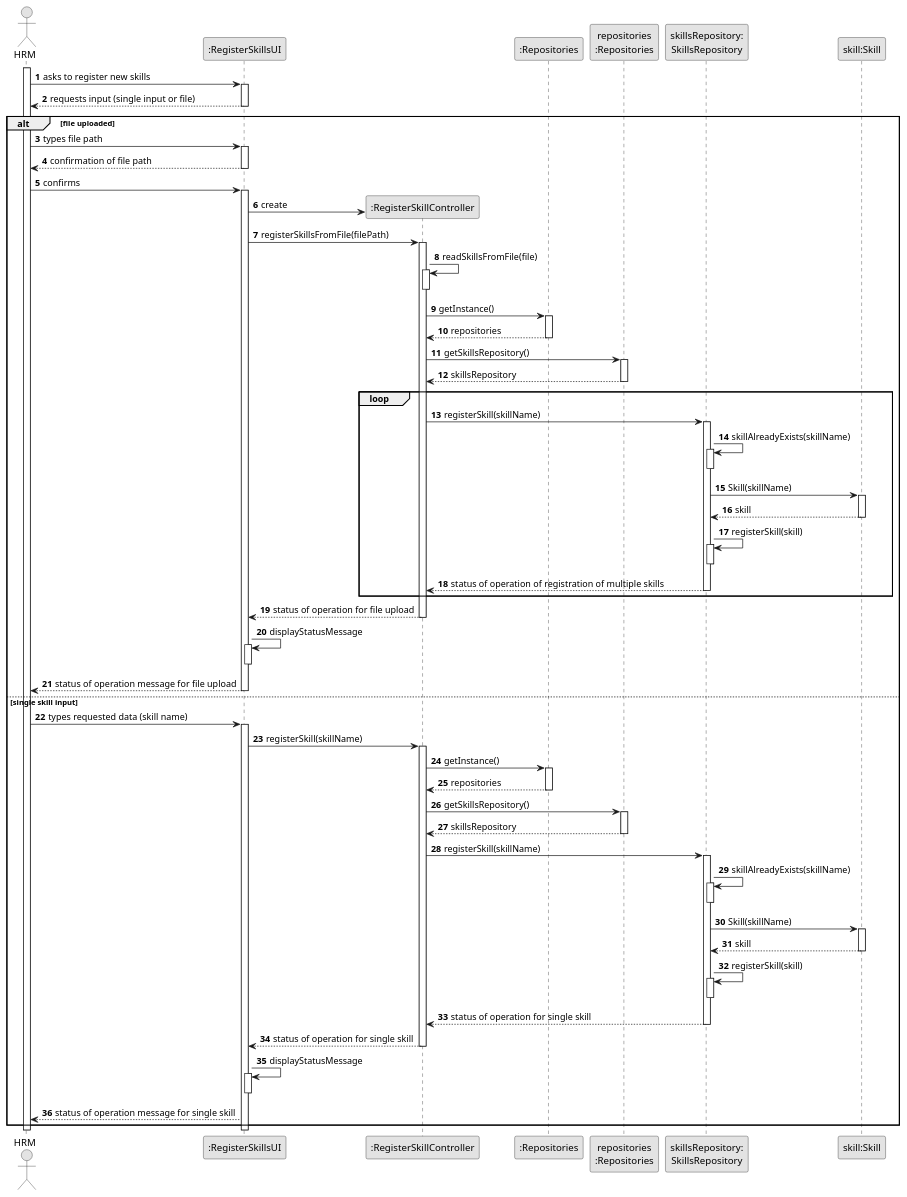
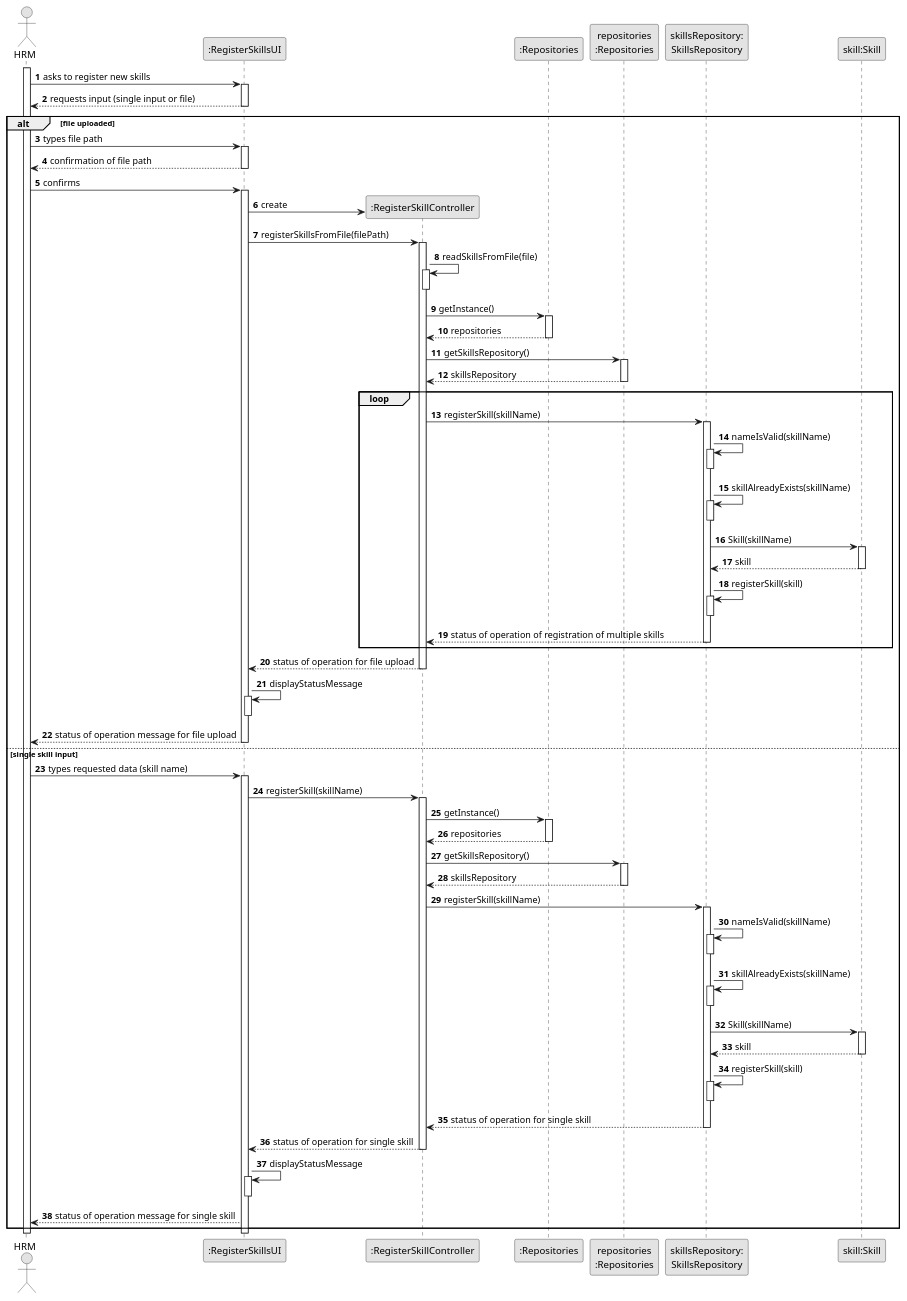
The diagram in docs/sprintB/us001/03.design/puml/us001-sequence-diagram-fullv2.puml (Departamento-de-Engenharia-Informatica/lei-24-s2-1do-g164), drawn with PlantUML before and after one commit. The commit also changed 6 other files, not shown here.

```diff
--- a/docs/sprintB/us001/03.design/puml/us001-sequence-diagram-fullv2.puml
+++ b/docs/sprintB/us001/03.design/puml/us001-sequence-diagram-fullv2.puml
@@ -1,145 +1,152 @@
 @startuml
 skinparam monochrome true
 skinparam packageStyle rectangle
 skinparam shadowing false
 
 autonumber
 
 'hide footbox
 actor "HRM" as ADM
 participant ":RegisterSkillsUI" as UI
 participant ":RegisterSkillController" as CTRL
 participant ":Repositories" as RepositorySingleton
 participant "repositories\n:Repositories" as PLAT
 participant "skillsRepository:\nSkillsRepository" as skillsRepository
 participant "skill:Skill" as skill
 
 
 activate ADM
 
     ADM -> UI : asks to register new skills
     activate UI
     UI --> ADM : requests input (single input or file)
     deactivate UI
 
 
 
     ' Branch for handling file upload
     alt file uploaded
 
 
 
             ADM -> UI : types file path
             activate UI
 
 
 
             UI --> ADM : confirmation of file path
             deactivate UI
 
             ADM -> UI : confirms
             activate UI
 
             UI -> CTRL** : create
         UI -> CTRL : registerSkillsFromFile(filePath)
         activate CTRL
 
         CTRL -> CTRL : readSkillsFromFile(file)
                 activate CTRL
                 deactivate CTRL
 
         CTRL -> RepositorySingleton : getInstance()
         activate RepositorySingleton
 
         RepositorySingleton --> CTRL: repositories
         deactivate RepositorySingleton
 
         CTRL -> PLAT : getSkillsRepository()
         activate PLAT
 
         PLAT --> CTRL: skillsRepository
         deactivate PLAT
 
         loop
 
         CTRL -> skillsRepository : registerSkill(skillName)
         activate skillsRepository
 
+
+        skillsRepository -> skillsRepository : nameIsValid(skillName)
+        activate skillsRepository
+        deactivate skillsRepository
         skillsRepository -> skillsRepository : skillAlreadyExists(skillName)
         activate skillsRepository
         deactivate skillsRepository
         "skillsRepository" -> skill : Skill(skillName)
         activate skill
         "skillsRepository" <-- skill : skill
         deactivate skill
         skillsRepository -> skillsRepository : registerSkill(skill)
         activate skillsRepository
         deactivate skillsRepository
 
         skillsRepository --> CTRL : status of operation of registration of multiple skills
         deactivate skillsRepository
 
         end
 
         CTRL --> UI : status of operation for file upload
         deactivate CTRL
         UI -> UI : displayStatusMessage
         activate UI
         deactivate UI
 
         UI --> ADM : status of operation message for file upload
         deactivate UI
     else single skill input
 
         ADM -> UI : types requested data (skill name)
             activate UI
 
 
         UI -> CTRL : registerSkill(skillName)
 
 
         activate CTRL
 
         CTRL -> RepositorySingleton : getInstance()
         activate RepositorySingleton
 
         RepositorySingleton --> CTRL: repositories
         deactivate RepositorySingleton
 
         CTRL -> PLAT : getSkillsRepository()
         activate PLAT
 
         PLAT --> CTRL: skillsRepository
         deactivate PLAT
 
         CTRL -> skillsRepository : registerSkill(skillName)
         activate skillsRepository
 
+        skillsRepository -> skillsRepository : nameIsValid(skillName)
+        activate skillsRepository
+        deactivate skillsRepository
         skillsRepository -> skillsRepository : skillAlreadyExists(skillName)
                 activate skillsRepository
                 deactivate skillsRepository
                 "skillsRepository" -> skill : Skill(skillName)
                 activate skill
                 "skillsRepository" <-- skill : skill
                 deactivate skill
                 skillsRepository -> skillsRepository : registerSkill(skill)
                 activate skillsRepository
                 deactivate skillsRepository
         skillsRepository --> CTRL : status of operation for single skill
         deactivate skillsRepository
 
         CTRL --> UI : status of operation for single skill
         deactivate CTRL
 
         UI -> UI : displayStatusMessage
         activate UI
         deactivate UI
 
         UI --> ADM : status of operation message for single skill
     end
 
     deactivate UI
 
 deactivate ADM
 
 @enduml
```
